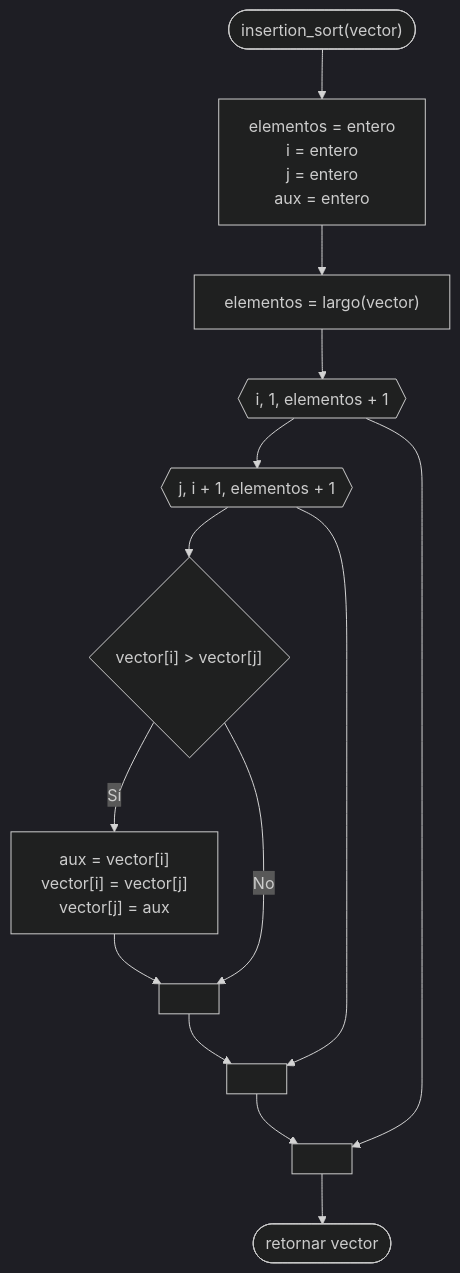
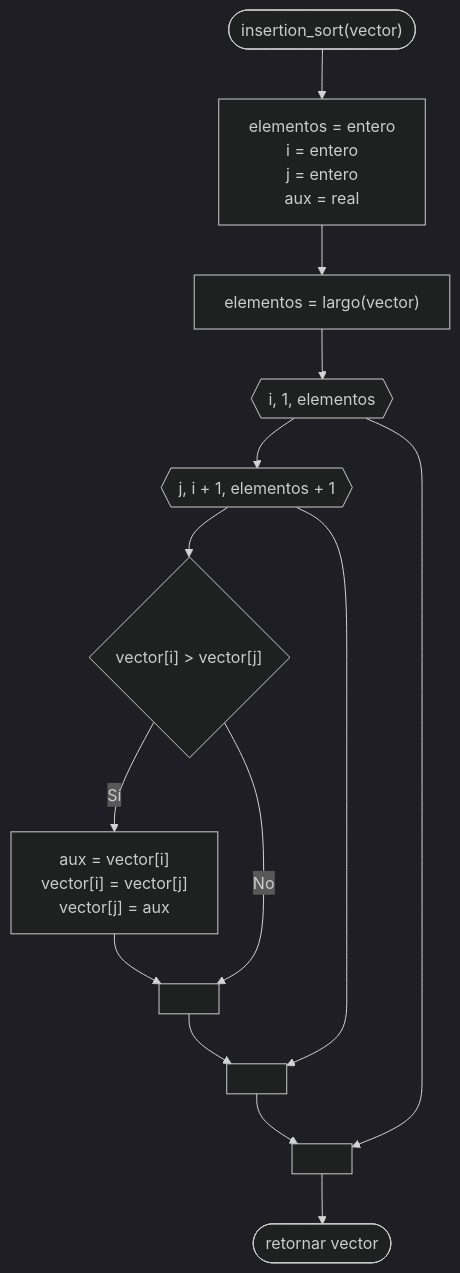
One commit to martinstanicio/ingenieria-en-sistemas changed the second of 2 diagrams in Algoritmos y Estructuras de Datos/Ordenamiento por inserción.md. Above: the diagram before and after it, drawn with Mermaid (dark theme). The commit also changed 2 other files, not shown here.

Commit message:
vault backup: 2024-09-09 02:35:07

````diff
--- a/Algoritmos y Estructuras de Datos/Ordenamiento por inserción.md
+++ b/Algoritmos y Estructuras de Datos/Ordenamiento por inserción.md
@@ -236,31 +236,31 @@
 ```mermaid
 flowchart TB
 	comienzo(["insertion_sort(vector)"])
     
 	variables["`elementos = entero
 	i = entero
 	j = entero
-	aux = entero`"]
+	aux = real`"]
 	
 	elementos["elementos = largo(vector)"]
 	
-	for1{{"i, 1, elementos + 1"}}
+	for1{{"i, 1, elementos"}}
 	for2{{"j, i + 1, elementos + 1"}}
 	if{"vector[i] > vector[j]"}
 	swap["`aux = vector[i]
 	vector[i] = vector[j]
 	vector[j] = aux`"]
 	
 	fin(["retornar vector"])
 	
 	a[" "]
 	b[" "]
 	c[" "]
     
 	comienzo --> variables --> elementos --> for1 --> for2 --> if
 	if -- "Sí" --> swap --> a
 	if -- "No" --> a
 	a --> b
 	for2 --> b --> c
 	for1 --> c --> fin
 ```
````
